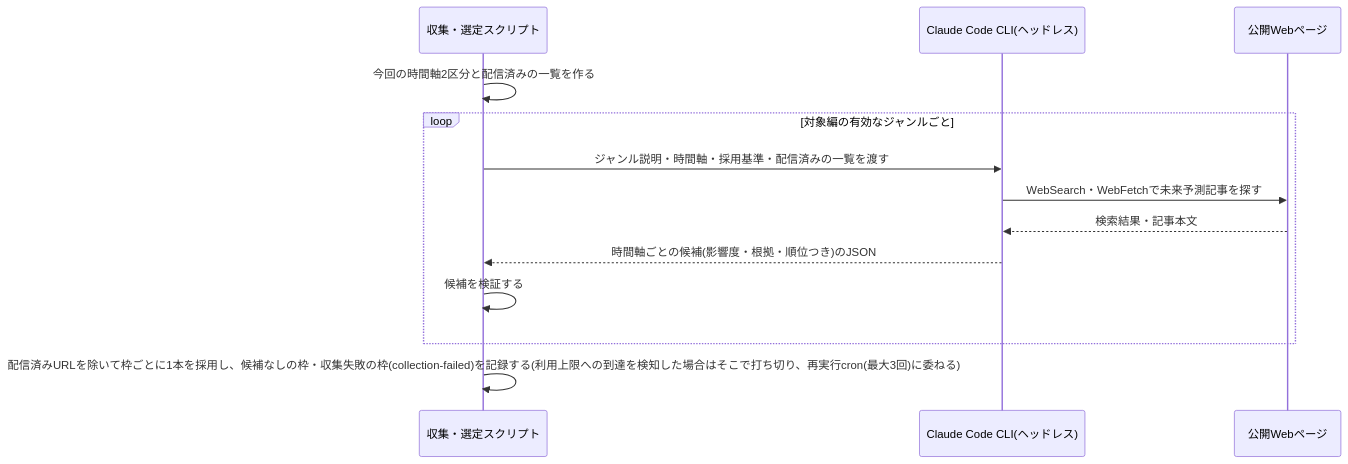
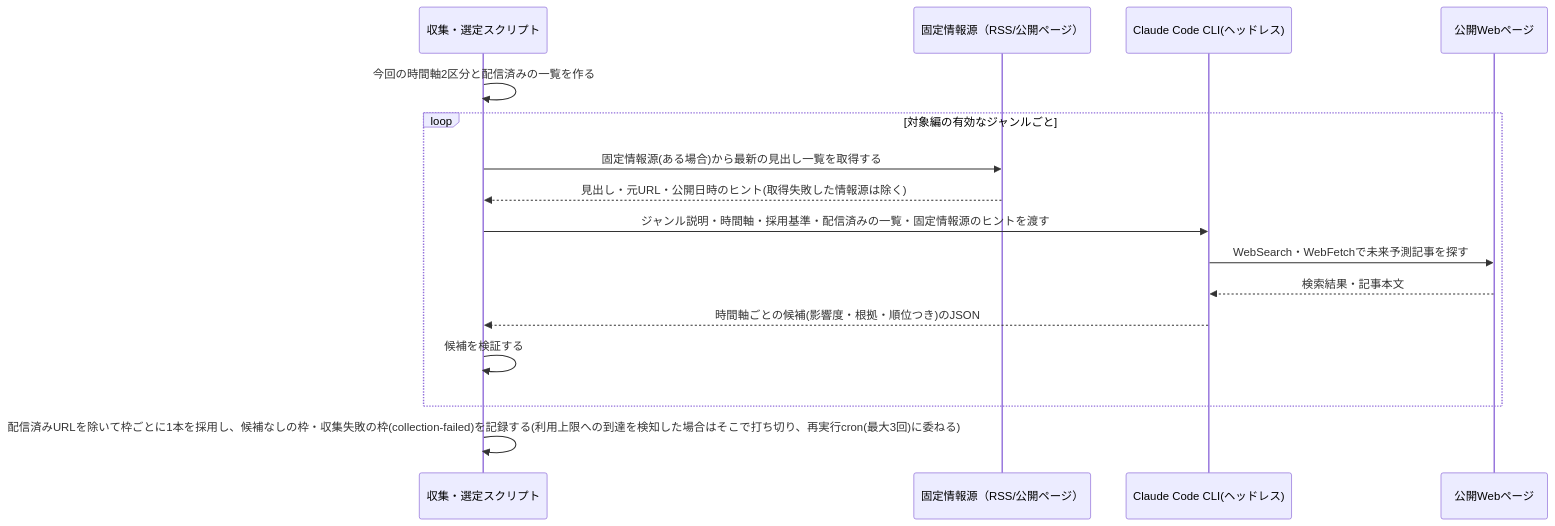
One commit to zakiyama0108/benriyatool changed the diagram in specs/future-digest/content-selection/design.md. Above: the diagram before and after it, drawn with Mermaid. The commit also changed other lines of this file and 3 other files, not shown here.

````diff
--- a/specs/future-digest/content-selection/design.md
+++ b/specs/future-digest/content-selection/design.md
@@ -125,16 +185,19 @@
 ```mermaid
 sequenceDiagram
     participant script as 収集・選定スクリプト
+    participant fixed as 固定情報源（RSS/公開ページ）
     participant claude as Claude Code CLI(ヘッドレス)
     participant web as 公開Webページ
 
     script ->> script: 今回の時間軸2区分と配信済みの一覧を作る
     loop 対象編の有効なジャンルごと
-        script ->> claude: ジャンル説明・時間軸・採用基準・配信済みの一覧を渡す
+        script ->> fixed: 固定情報源(ある場合)から最新の見出し一覧を取得する
+        fixed -->> script: 見出し・元URL・公開日時のヒント(取得失敗した情報源は除く)
+        script ->> claude: ジャンル説明・時間軸・採用基準・配信済みの一覧・固定情報源のヒントを渡す
         claude ->> web: WebSearch・WebFetchで未来予測記事を探す
         web -->> claude: 検索結果・記事本文
         claude -->> script: 時間軸ごとの候補(影響度・根拠・順位つき)のJSON
         script ->> script: 候補を検証する
     end
     script ->> script: 配信済みURLを除いて枠ごとに1本を採用し、候補なしの枠・収集失敗の枠(collection-failed)を記録する(利用上限への到達を検知した場合はそこで打ち切り、再実行cron(最大3回)に委ねる)
 ```
````
